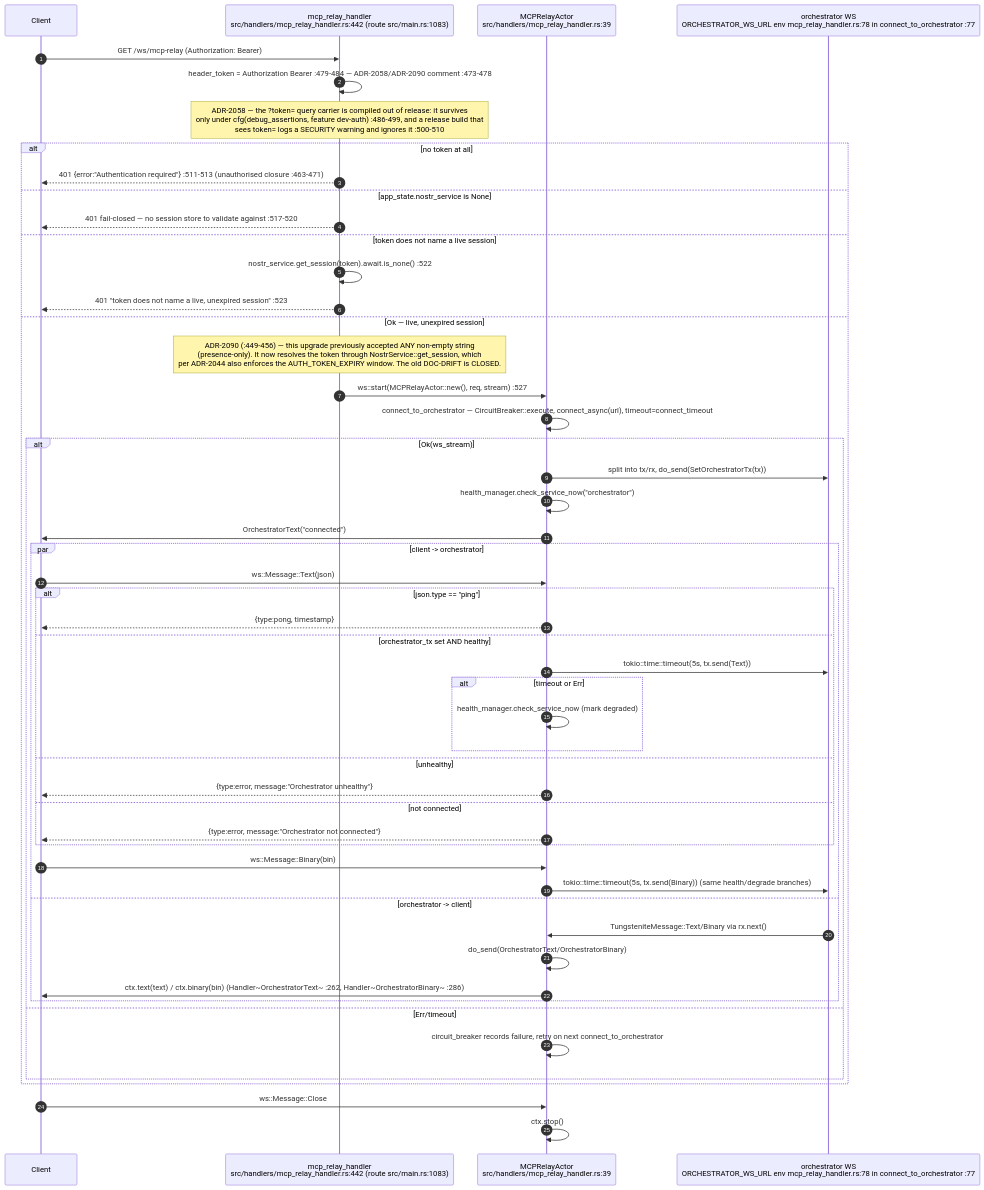
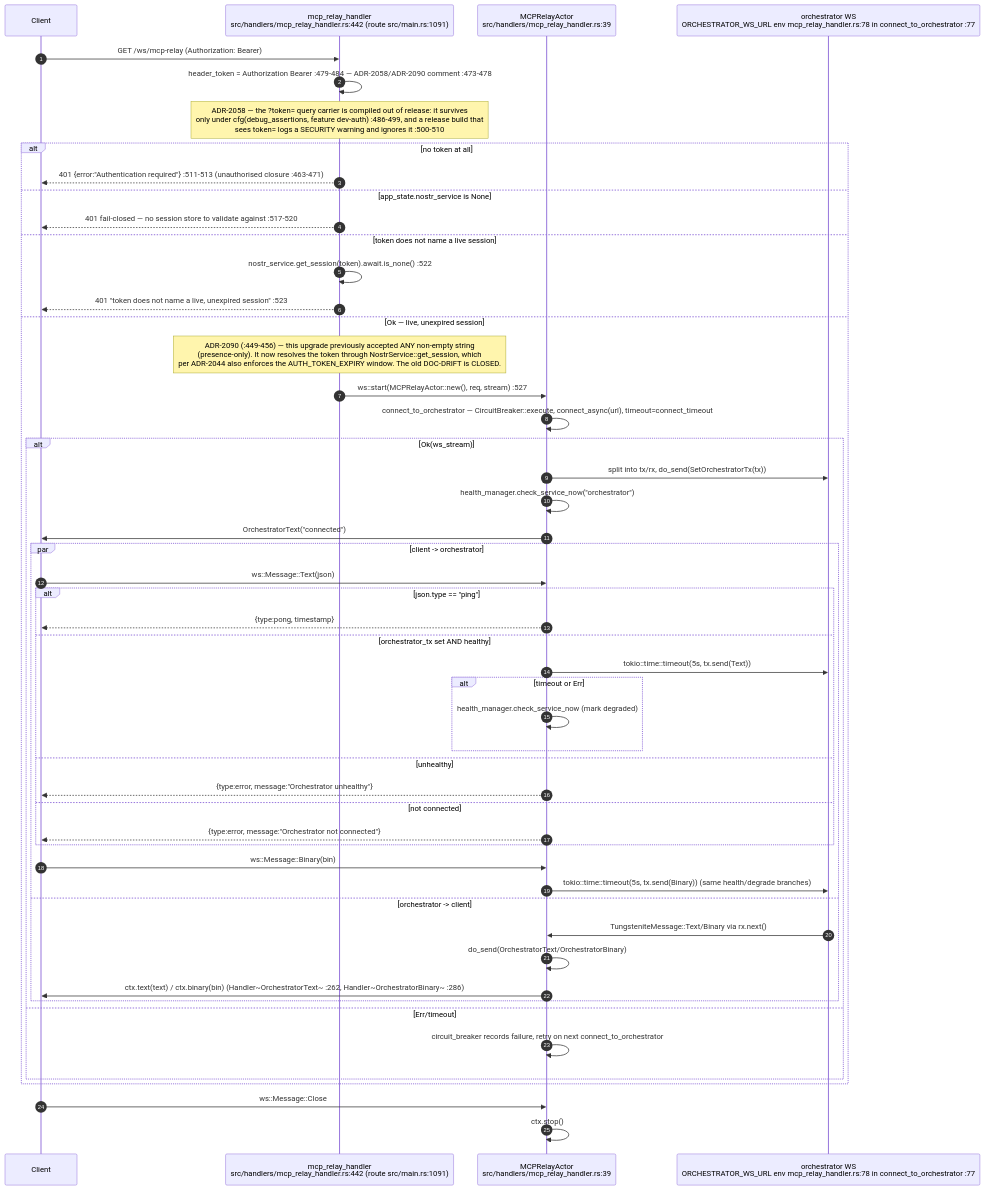
Before and after one commit to DreamLab-AI/VisionFlow: the tenth of 15 diagrams in docs/diagrams/visionclaw/05-handlers-governance-and-identity.md, drawn with Mermaid. The commit also changed other lines of this file and 111 other files, not shown here.

Commit message:
docs(diagrams): align estate maps with current source

````diff
--- a/docs/diagrams/visionclaw/05-handlers-governance-and-identity.md
+++ b/docs/diagrams/visionclaw/05-handlers-governance-and-identity.md
@@ -536,54 +536,54 @@
 ```mermaid
 sequenceDiagram
     autonumber
     participant C as Client
-    participant H as mcp_relay_handler<br/>src/handlers/mcp_relay_handler.rs:442 (route src/main.rs:1083)
+    participant H as mcp_relay_handler<br/>src/handlers/mcp_relay_handler.rs:442 (route src/main.rs:1091)
     participant A as MCPRelayActor<br/>src/handlers/mcp_relay_handler.rs:39
     participant O as orchestrator WS<br/>ORCHESTRATOR_WS_URL env mcp_relay_handler.rs:78 in connect_to_orchestrator :77
 
     C->>H: GET /ws/mcp-relay (Authorization: Bearer)
     H->>H: header_token = Authorization Bearer :479-484 — ADR-2058/ADR-2090 comment :473-478
     Note over H: ADR-2058 — the ?token= query carrier is compiled out of release: it survives<br/>only under cfg(debug_assertions, feature dev-auth) :486-499, and a release build that<br/>sees token= logs a SECURITY warning and ignores it :500-510
     alt no token at all
         H-->>C: 401 {error:"Authentication required"} :511-513 (unauthorised closure :463-471)
     else app_state.nostr_service is None
         H-->>C: 401 fail-closed — no session store to validate against :517-520
     else token does not name a live session
         H->>H: nostr_service.get_session(token).await.is_none() :522
         H-->>C: 401 "token does not name a live, unexpired session" :523
     else Ok — live, unexpired session
         Note over H: ADR-2090 (:449-456) — this upgrade previously accepted ANY non-empty string<br/>(presence-only). It now resolves the token through NostrService::get_session, which<br/>per ADR-2044 also enforces the AUTH_TOKEN_EXPIRY window. The old DOC-DRIFT is CLOSED.
         H->>A: ws::start(MCPRelayActor::new(), req, stream) :527
         A->>A: connect_to_orchestrator — CircuitBreaker::execute, connect_async(url), timeout=connect_timeout
         alt Ok(ws_stream)
             A->>O: split into tx/rx, do_send(SetOrchestratorTx(tx))
             A->>A: health_manager.check_service_now("orchestrator")
             A->>C: OrchestratorText("connected")
             par client -> orchestrator
                 C->>A: ws::Message::Text(json)
                 alt json.type == "ping"
                     A-->>C: {type:pong, timestamp}
                 else orchestrator_tx set AND healthy
                     A->>O: tokio::time::timeout(5s, tx.send(Text))
                     alt timeout or Err
                         A->>A: health_manager.check_service_now (mark degraded)
                     end
                 else unhealthy
                     A-->>C: {type:error, message:"Orchestrator unhealthy"}
                 else not connected
                     A-->>C: {type:error, message:"Orchestrator not connected"}
                 end
                 C->>A: ws::Message::Binary(bin)
                 A->>O: tokio::time::timeout(5s, tx.send(Binary)) (same health/degrade branches)
             and orchestrator -> client
                 O->>A: TungsteniteMessage::Text/Binary via rx.next()
                 A->>A: do_send(OrchestratorText/OrchestratorBinary)
                 A->>C: ctx.text(text) / ctx.binary(bin) (Handler~OrchestratorText~ :262, Handler~OrchestratorBinary~ :286)
             end
         else Err/timeout
             A->>A: circuit_breaker records failure, retry on next connect_to_orchestrator
         end
     end
     C->>A: ws::Message::Close
     A->>A: ctx.stop()
 ```
````
